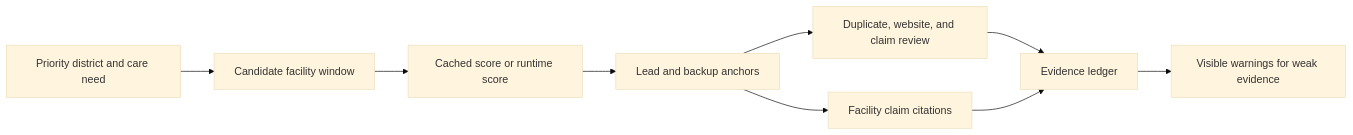
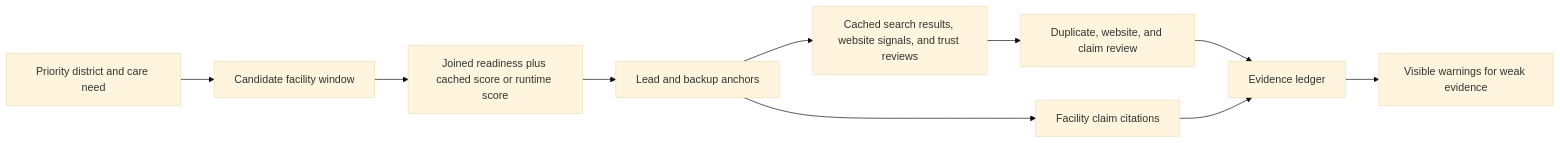
The fourth of 5 diagrams in README.md (Pingying-Chen/DAIS-hackathon-2026), drawn with Mermaid (base theme) before and after one commit. The commit also changed other lines of this file and 11 other files, not shown here.

````diff
--- a/README.md
+++ b/README.md
@@ -139,11 +154,12 @@
 ```mermaid
 flowchart LR
     scope["Priority district and care need"] --> candidates["Candidate facility window"]
-    candidates --> ranking["Cached score or runtime score"]
+    candidates --> ranking["Joined readiness plus cached score or runtime score"]
     ranking --> anchors["Lead and backup anchors"]
-    anchors --> trust["Duplicate, website, and claim review"]
+    anchors --> trust_cache["Cached search results, website signals, and trust reviews"]
+    trust_cache --> trust["Duplicate, website, and claim review"]
     anchors --> facility_evidence["Facility claim citations"]
     trust --> evidence["Evidence ledger"]
     facility_evidence --> evidence
     evidence --> warnings["Visible warnings for weak evidence"]
 ```
````
